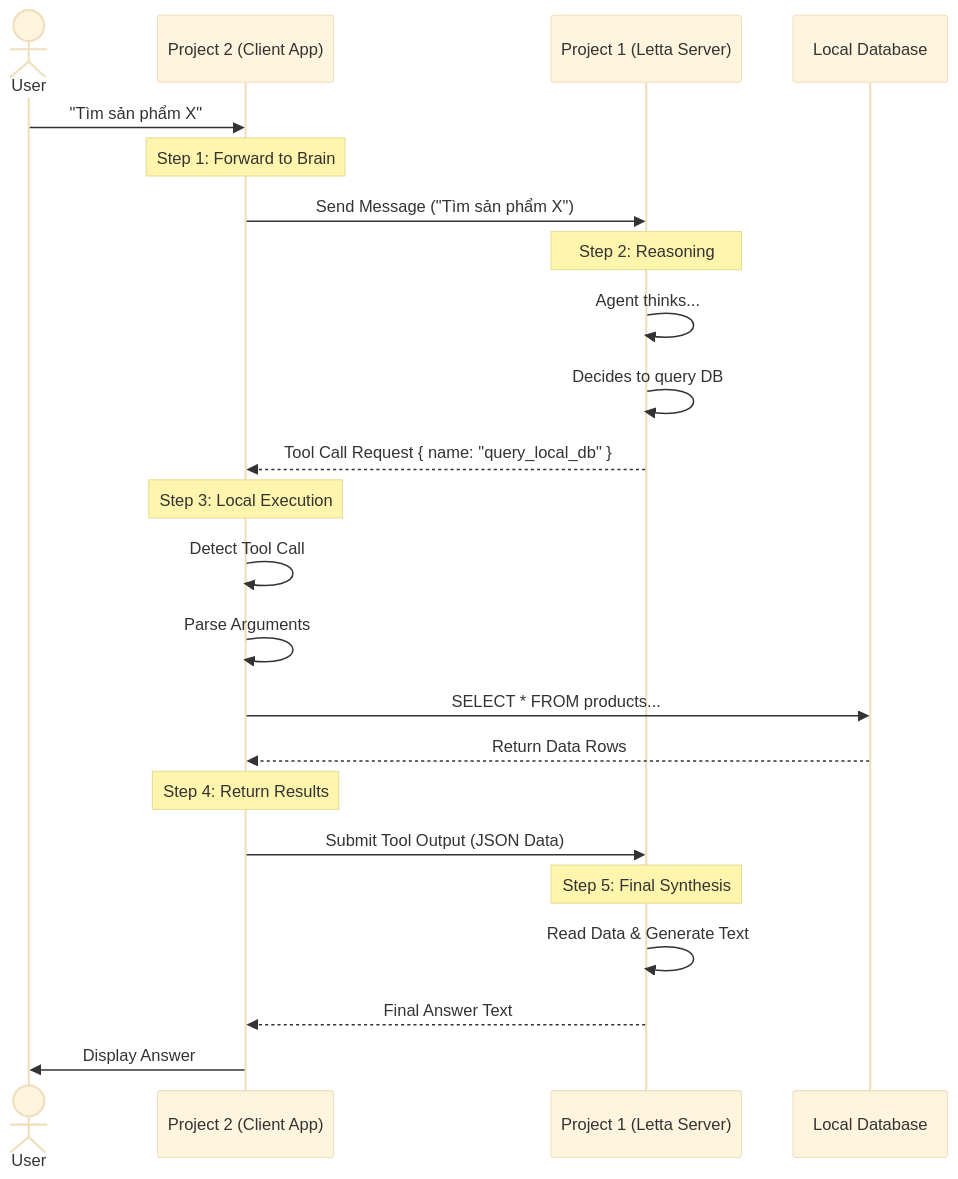
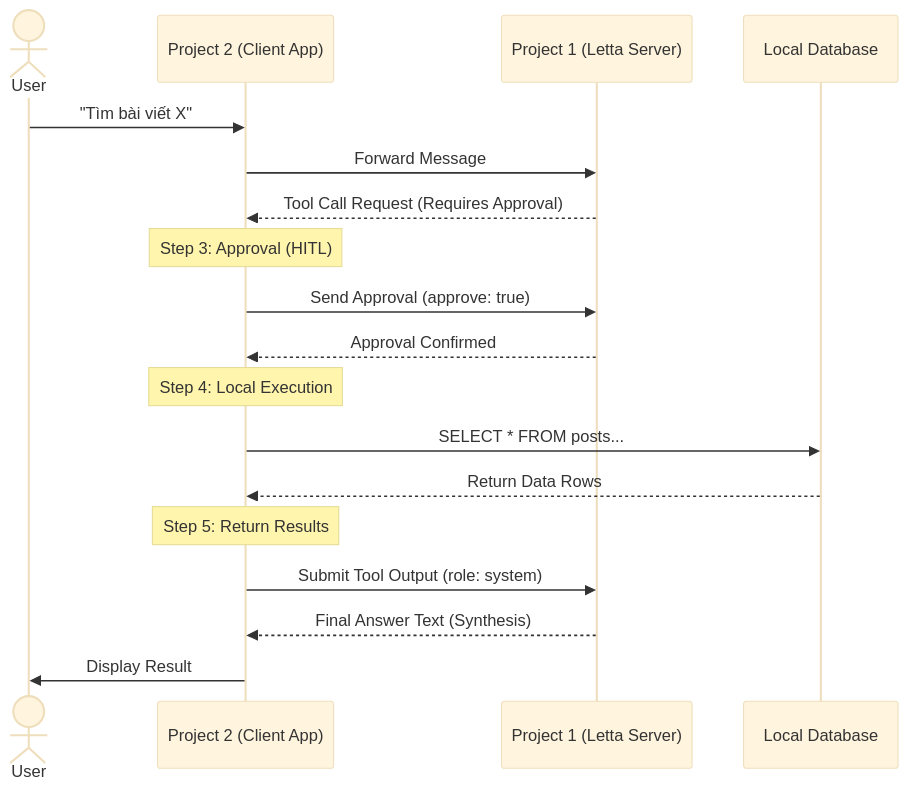
The second of 3 diagrams in docs/letta-db-integration/01-configuration/03-sequence-diagrams.md (vantrong24052003/LEARNING_LEVER), drawn with Mermaid (base theme) before and after one commit. The commit also changed other lines of this file and 11 other files, not shown here.

````diff
--- a/docs/letta-db-integration/01-configuration/03-sequence-diagrams.md
+++ b/docs/letta-db-integration/01-configuration/03-sequence-diagrams.md
@@ -7,32 +19,26 @@
 ```mermaid
 sequenceDiagram
     actor User
     participant Client as Project 2 (Client App)
     participant Server as Project 1 (Letta Server)
     participant DB as Local Database
 
-    User->>Client: "Tìm sản phẩm X"
+    User->>Client: "Tìm bài viết X"
+    Client->>Server: Forward Message
     
-    Note over Client: Step 1: Forward to Brain
-    Client->>Server: Send Message ("Tìm sản phẩm X")
+    Server-->>Client: Tool Call Request (Requires Approval)
     
-    Note over Server: Step 2: Reasoning
-    Server->>Server: Agent thinks...
-    Server->>Server: Decides to query DB
-    Server-->>Client: Tool Call Request { name: "query_local_db" }
+    Note over Client: Step 3: Approval (HITL)
+    Client->>Server: Send Approval (approve: true)
+    Server-->>Client: Approval Confirmed
     
-    Note over Client: Step 3: Local Execution
-    Client->>Client: Detect Tool Call
-    Client->>Client: Parse Arguments
-    Client->>DB: SELECT * FROM products...
+    Note over Client: Step 4: Local Execution
+    Client->>DB: SELECT * FROM posts...
     DB-->>Client: Return Data Rows
     
-    Note over Client: Step 4: Return Results
-    Client->>Server: Submit Tool Output (JSON Data)
+    Note over Client: Step 5: Return Results
+    Client->>Server: Submit Tool Output (role: system)
     
-    Note over Server: Step 5: Final Synthesis
-    Server->>Server: Read Data & Generate Text
-    Server-->>Client: Final Answer Text
-    
-    Client->>User: Display Answer
+    Server-->>Client: Final Answer Text (Synthesis)
+    Client->>User: Display Result
 ```
````
